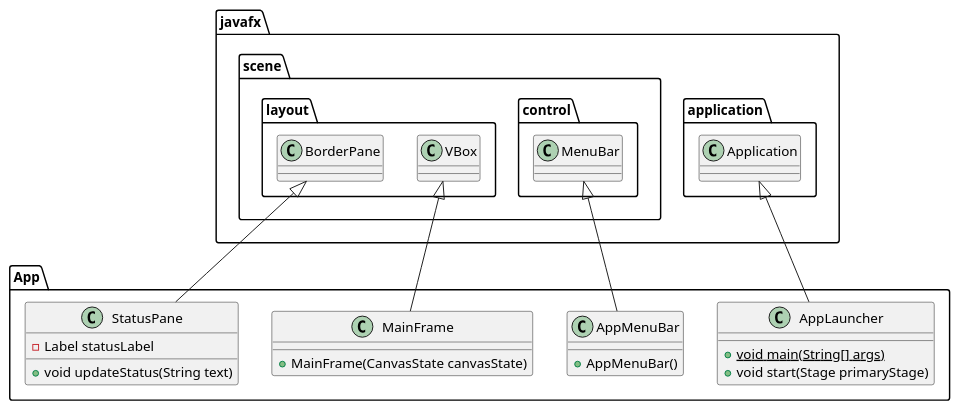
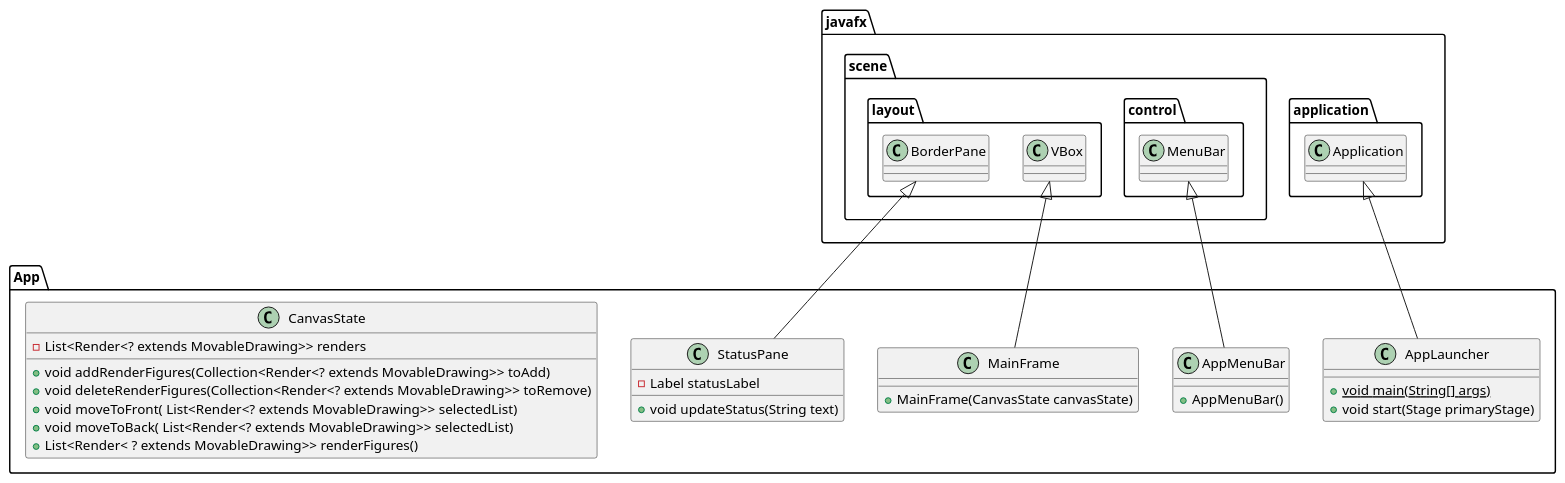
Before and after one commit to camilaDiToro/PAINT-TP-FINAL-POO: the diagram in src/main/java/UML's/Application.puml, drawn with PlantUML. The commit also changed 9 other files, not shown here.

```diff
--- a/src/main/java/UML's/Application.puml
+++ b/src/main/java/UML's/Application.puml
@@ -1,44 +1,55 @@
 @startuml
 'https://plantuml.com/class-diagram
 
 package javafx.application {
    class Application
 }
 
 package javafx.scene.control {
     class MenuBar
 }
 
 package javafx.scene.layout {
      class VBox
      class BorderPane
 }
 
 package App{
 class AppLauncher {
    +{static} void main(String[] args)
    +void start(Stage primaryStage)
 }
 
 Application <|-- AppLauncher
 MenuBar <|-- AppMenuBar
 VBox <|-- MainFrame
 BorderPane <|-- StatusPane
 
 class AppMenuBar {
     +AppMenuBar()
 }
 
 
 class StatusPane{
   -Label statusLabel
   +void updateStatus(String text)
 }
 
 class MainFrame {
 
     +MainFrame(CanvasState canvasState)
 }
 
+class CanvasState {
+
+    - List<Render<? extends MovableDrawing>> renders
+
+    + void addRenderFigures(Collection<Render<? extends MovableDrawing>> toAdd)
+    + void deleteRenderFigures(Collection<Render<? extends MovableDrawing>> toRemove)
+    + void moveToFront( List<Render<? extends MovableDrawing>> selectedList)
+    + void moveToBack( List<Render<? extends MovableDrawing>> selectedList)
+    + List<Render< ? extends MovableDrawing>> renderFigures()
+}
+
 }
 @enduml
```
